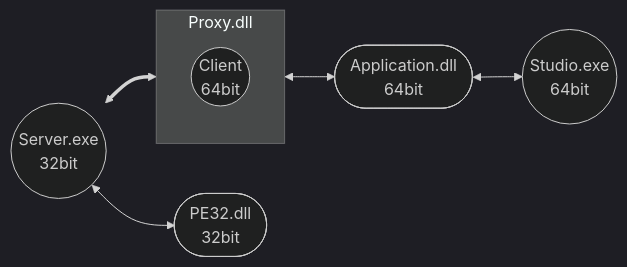
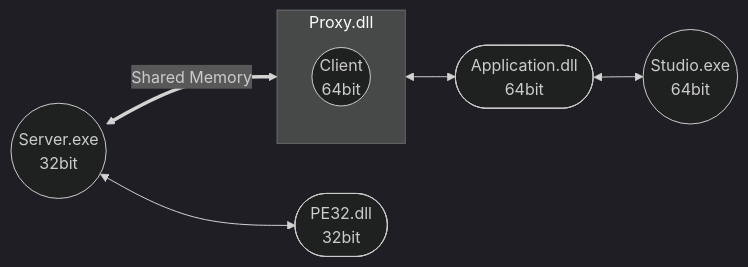
Before and after one commit to Rickyhe97/UltraFastIPC: the diagram in README.md, drawn with Mermaid (dark theme). The commit also changed other lines of this file, not shown here.

`````diff
--- a/README.md
+++ b/README.md
@@ -4,15 +5,15 @@
 ````mermaid
 graph LR;
   A((Server.exe<br>32bit)) <--> B([PE32.dll<br>32bit]);
-  A((Server.exe<br>32bit)) <==> A1;
+  A((Server.exe<br>32bit)) <==>|Shared Memory|A1;
   Proxy.dll <--> D([Application.dll<br>64bit]);
   D([Application.dll<br>64bit]) <--> E((Studio.exe<br>64bit));
 
   
 
     subgraph Proxy.dll
         direction TB
         A1((Client<br>64bit))
     end
 
 ````
`````
